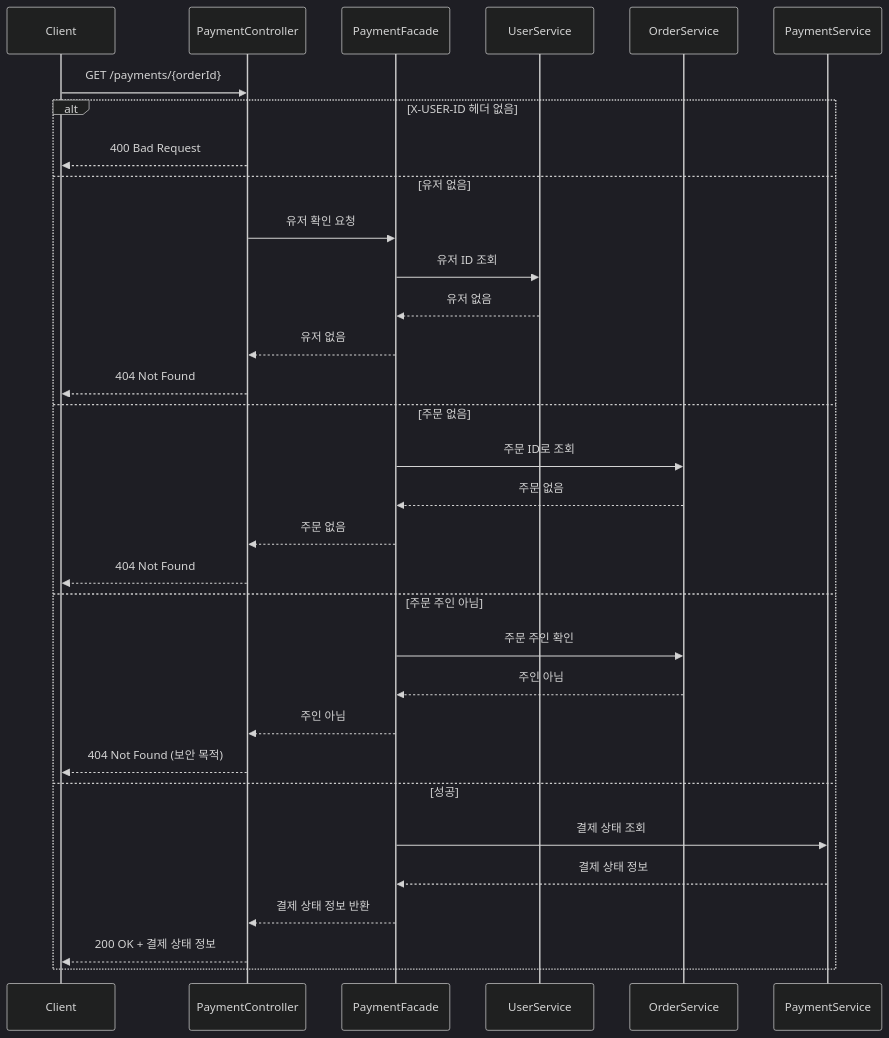
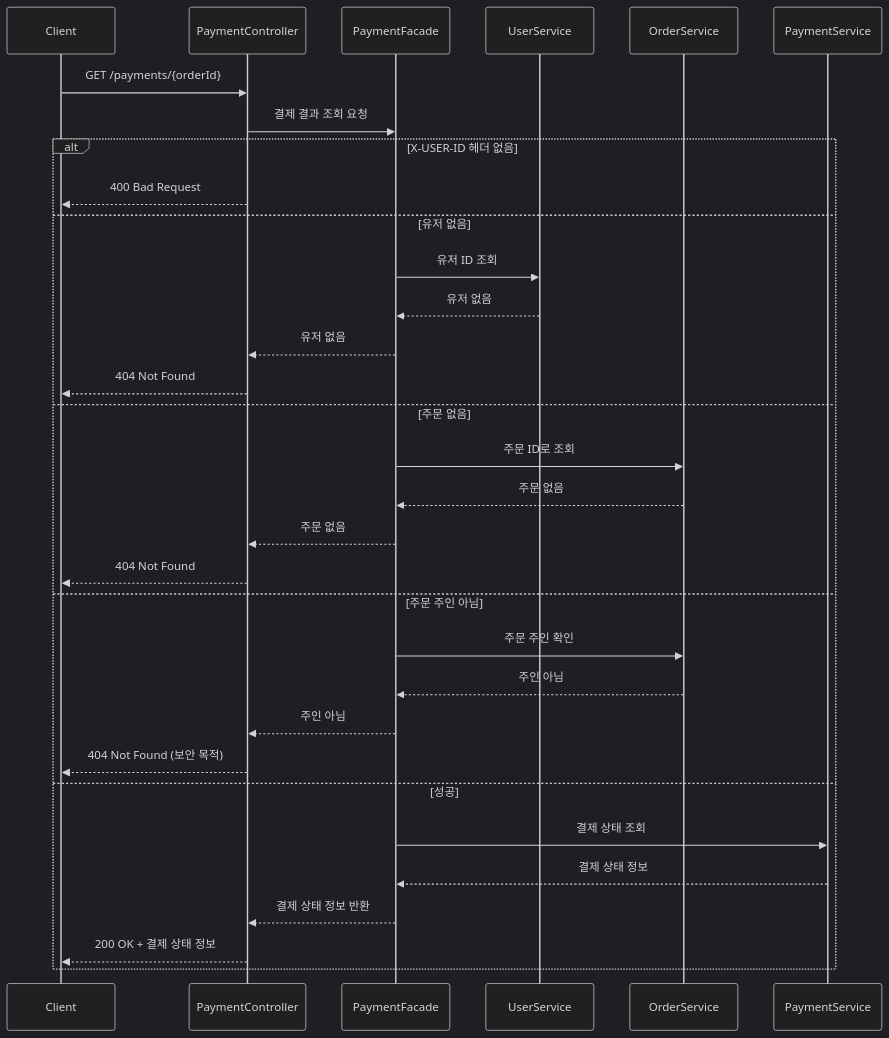
Diagram 15 of 15 in docs/design/02-sequence-diagrams.md (HYEONMIN94/loopers-spring-kotlin-template), drawn with Mermaid (dark theme) before and after one commit. The commit also changed other lines of this file, not shown here.

````diff
--- a/docs/design/02-sequence-diagrams.md
+++ b/docs/design/02-sequence-diagrams.md
@@ -569,36 +564,36 @@
 ```mermaid
 sequenceDiagram
     participant Client
     participant PaymentController
     participant PaymentFacade
     participant UserService
     participant OrderService
     participant PaymentService
 
     Client->>PaymentController: GET /payments/{orderId}
+    PaymentController->>PaymentFacade: 결제 결과 조회 요청
 
     alt X-USER-ID 헤더 없음
         PaymentController-->>Client: 400 Bad Request
     else 유저 없음
-        PaymentController->>PaymentFacade: 유저 확인 요청
         PaymentFacade->>UserService: 유저 ID 조회
         UserService-->>PaymentFacade: 유저 없음
         PaymentFacade-->>PaymentController: 유저 없음
         PaymentController-->>Client: 404 Not Found
     else 주문 없음
         PaymentFacade->>OrderService: 주문 ID로 조회
         OrderService-->>PaymentFacade: 주문 없음
         PaymentFacade-->>PaymentController: 주문 없음
         PaymentController-->>Client: 404 Not Found
     else 주문 주인 아님
         PaymentFacade->>OrderService: 주문 주인 확인
         OrderService-->>PaymentFacade: 주인 아님
         PaymentFacade-->>PaymentController: 주인 아님
         PaymentController-->>Client: 404 Not Found (보안 목적)
     else 성공
         PaymentFacade->>PaymentService: 결제 상태 조회
         PaymentService-->>PaymentFacade: 결제 상태 정보
         PaymentFacade-->>PaymentController: 결제 상태 정보 반환
         PaymentController-->>Client: 200 OK + 결제 상태 정보
     end
 ```
````
